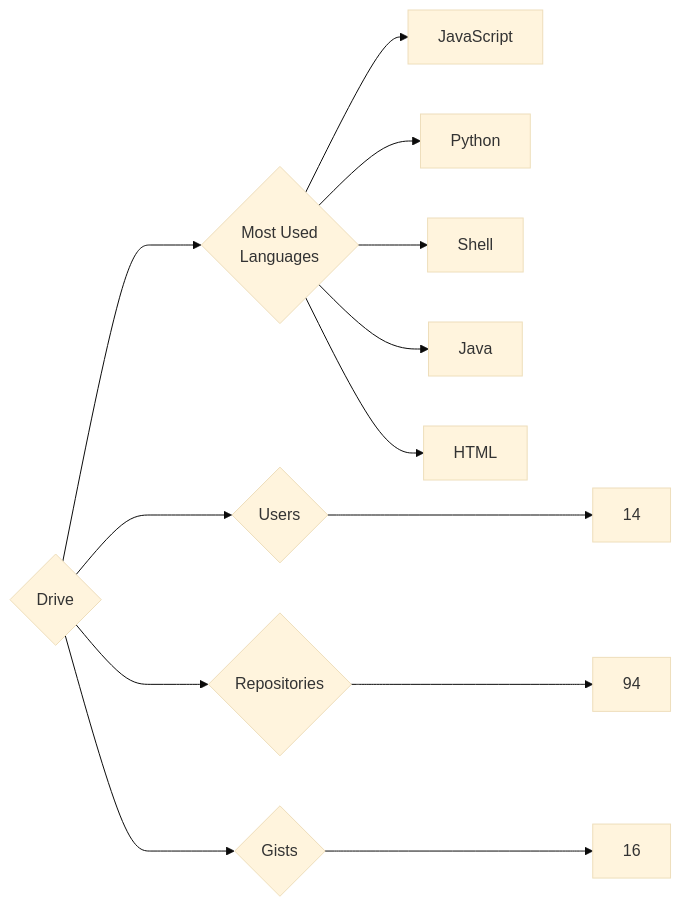
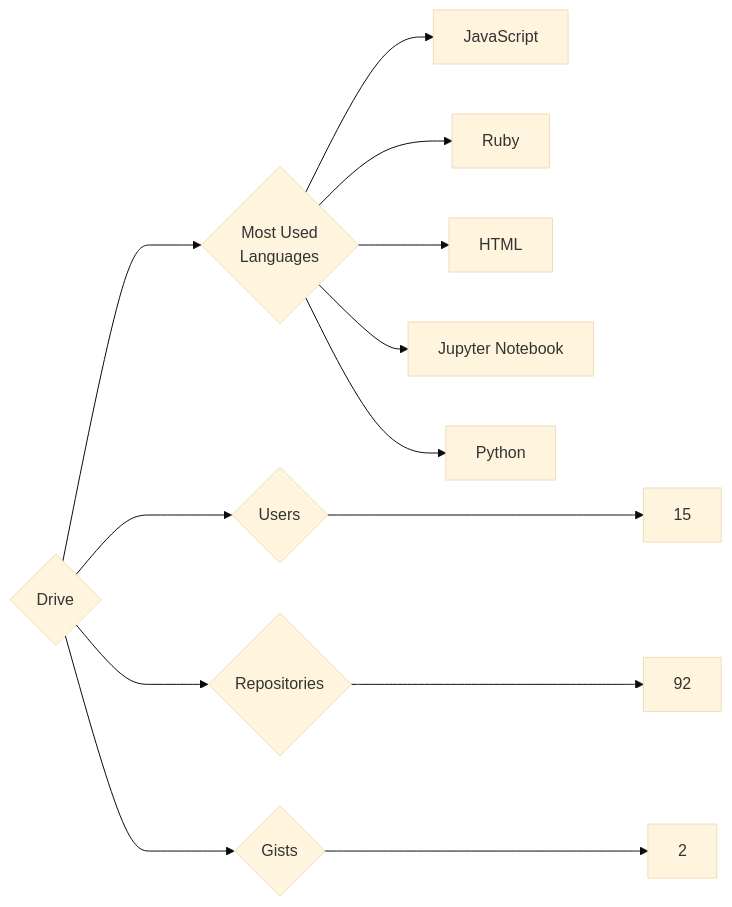
Before and after one commit to trickest/insiders: the diagram in targets/Drive/README.md, drawn with Mermaid (base theme). The commit also changed 440 other files, not shown here.

````diff
--- a/targets/Drive/README.md
+++ b/targets/Drive/README.md
@@ -3,13 +3,13 @@
 ```mermaid
 graph LR
 COMPANY_NAME{Drive}
-COMPANY_NAME ---> U{Users} ---> UN[14]
-COMPANY_NAME ---> R{Repositories} ---> RN[94]
-COMPANY_NAME ---> G{Gists} ---> GN[16]
+COMPANY_NAME ---> U{Users} ---> UN[15]
+COMPANY_NAME ---> R{Repositories} ---> RN[92]
+COMPANY_NAME ---> G{Gists} ---> GN[2]
 COMPANY_NAME ---> ML{Most Used<br>Languages}
 ML --> JavaScript[JavaScript]
+ML --> Ruby[Ruby]
+ML --> HTML[HTML]
+ML --> Jupyter_Notebook[Jupyter Notebook]
 ML --> Python[Python]
-ML --> Shell[Shell]
-ML --> Java[Java]
-ML --> HTML[HTML]
 ```
````
